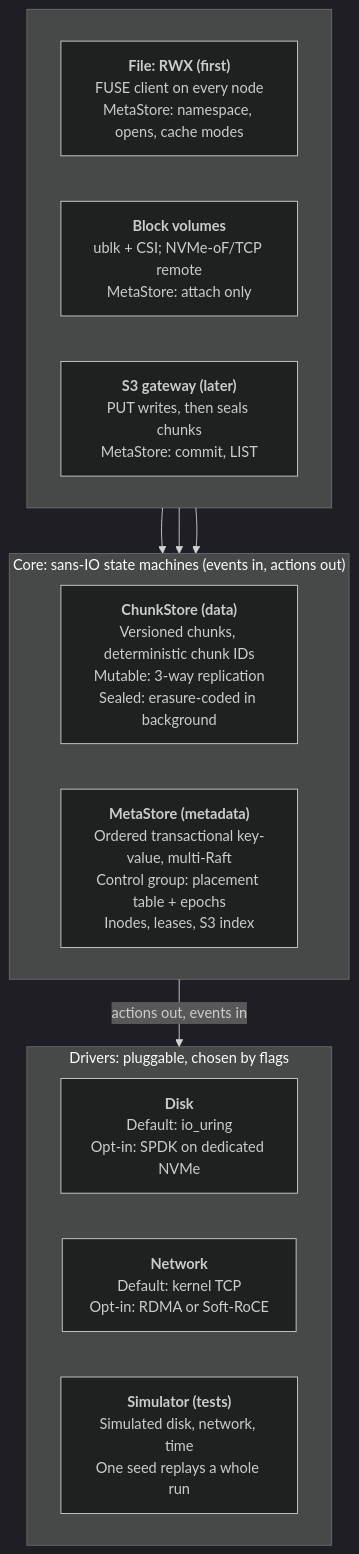
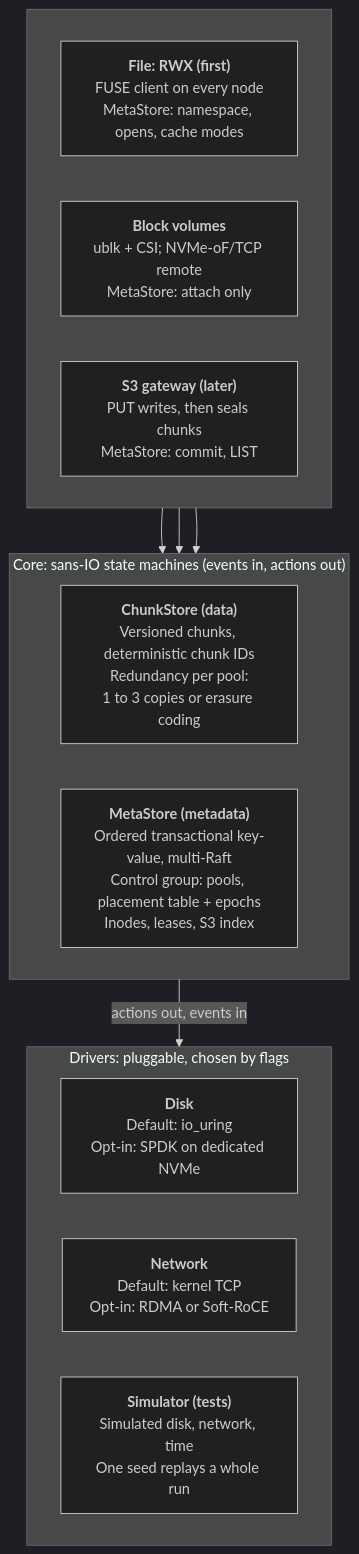
One commit to nvcnvn/rock-solid changed the first of 3 diagrams in docs/design.md. Above: the diagram before and after it, drawn with Mermaid (dark theme). The commit also changed other lines of this file and 5 other files, not shown here.

````diff
--- a/docs/design.md
+++ b/docs/design.md
@@ -87,24 +85,24 @@
 ```mermaid
 flowchart TB
     subgraph FE[" "]
         direction LR
         FILE["<b>File: RWX (first)</b><br/>FUSE client on every node<br/>MetaStore: namespace, opens, cache modes"]
         BLK["<b>Block volumes</b><br/>ublk + CSI; NVMe-oF/TCP remote<br/>MetaStore: attach only"]
         S3["<b>S3 gateway (later)</b><br/>PUT writes, then seals chunks<br/>MetaStore: commit, LIST"]
     end
     subgraph CORE["Core: sans-IO state machines (events in, actions out)"]
         direction LR
-        CS["<b>ChunkStore (data)</b><br/>Versioned chunks, deterministic chunk IDs<br/>Mutable: 3-way replication<br/>Sealed: erasure-coded in background"]
-        MS["<b>MetaStore (metadata)</b><br/>Ordered transactional key-value, multi-Raft<br/>Control group: placement table + epochs<br/>Inodes, leases, S3 index"]
+        CS["<b>ChunkStore (data)</b><br/>Versioned chunks, deterministic chunk IDs<br/>Redundancy per pool:<br/>1 to 3 copies or erasure coding"]
+        MS["<b>MetaStore (metadata)</b><br/>Ordered transactional key-value, multi-Raft<br/>Control group: pools, placement table + epochs<br/>Inodes, leases, S3 index"]
     end
     subgraph DRV["Drivers: pluggable, chosen by flags"]
         direction LR
         DISK["<b>Disk</b><br/>Default: io_uring<br/>Opt-in: SPDK on dedicated NVMe"]
         NET["<b>Network</b><br/>Default: kernel TCP<br/>Opt-in: RDMA or Soft-RoCE"]
         SIM["<b>Simulator (tests)</b><br/>Simulated disk, network, time<br/>One seed replays a whole run"]
     end
     FILE --> CORE
     BLK --> CORE
     S3 --> CORE
     CORE -- "actions out, events in" --> DRV
 ```
````
